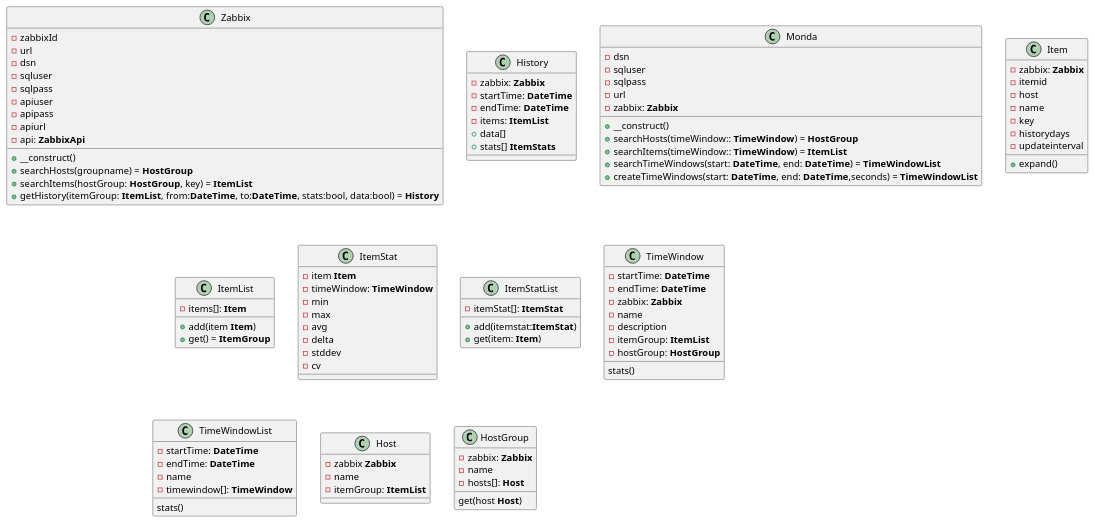
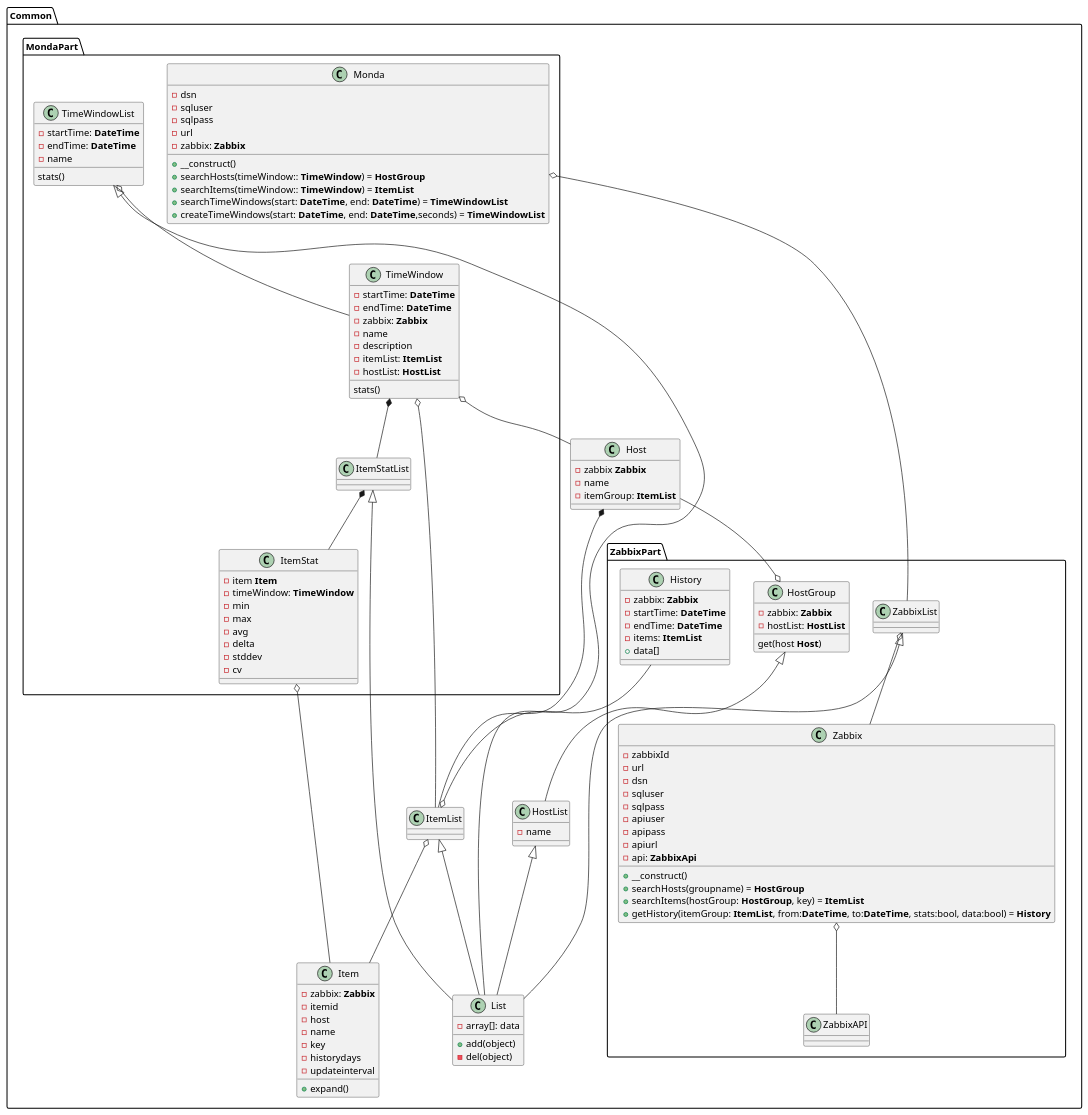
One commit to limosek/monda changed the diagram in doc/objects.plantuml. Above: the diagram before and after it, drawn with PlantUML. The commit also changed 29 other files, not shown here.

```diff
--- a/doc/objects.plantuml
+++ b/doc/objects.plantuml
@@ -1,116 +1,157 @@
 @startuml
 
-class Zabbix {
-    -zabbixId
-    -url
-    -dsn
-    -sqluser
-    -sqlpass
-    -apiuser
-    -apipass
-    -apiurl
-    -api: **ZabbixApi**
+Package Common {
 
-    +__construct()
-    +searchHosts(groupname) = **HostGroup**
-    +searchItems(hostGroup: **HostGroup**, key) = **ItemList**
-    +getHistory(itemGroup: **ItemList**, from:**DateTime**, to:**DateTime**, stats:bool, data:bool) = **History**
+    Package MondaPart {
+
+        class Monda {
+            -dsn
+            -sqluser
+            -sqlpass
+            -url
+            -zabbix: **Zabbix**
+
+            +__construct()
+            +searchHosts(timeWindow:: **TimeWindow**) = **HostGroup**
+            +searchItems(timeWindow:: **TimeWindow**) = **ItemList**
+            +searchTimeWindows(start: **DateTime**, end: **DateTime**) = **TimeWindowList**
+            +createTimeWindows(start: **DateTime**, end: **DateTime**,seconds) = **TimeWindowList**
+        }
+
+        class ItemStat {
+            -item **Item**
+            -timeWindow: **TimeWindow**
+            -min
+            -max
+            -avg
+            -delta
+            -stddev
+            -cv
+        }
+
+        class ItemStatList {
+                  
+        }
+
+        class TimeWindow {
+            -startTime: **DateTime**
+            -endTime: **DateTime**
+            -zabbix: **Zabbix**
+            -name
+            -description
+            -itemList: **ItemList**
+            -hostList: **HostList**
+
+            stats()
+        }
+
+        class TimeWindowList {
+            -startTime: **DateTime**
+            -endTime: **DateTime**
+            -name
+            
+            stats()
+        }
+    }
+
+    package ZabbixPart {
+        class Zabbix {
+            -zabbixId
+            -url
+            -dsn
+            -sqluser
+            -sqlpass
+            -apiuser
+            -apipass
+            -apiurl
+            -api: **ZabbixApi**
+
+            +__construct()
+            +searchHosts(groupname) = **HostGroup**
+            +searchItems(hostGroup: **HostGroup**, key) = **ItemList**
+            +getHistory(itemGroup: **ItemList**, from:**DateTime**, to:**DateTime**, stats:bool, data:bool) = **History**
+        }
+
+        class ZabbixList {
+        }
+
+        class ZabbixAPI {
+        }
+
+        class HostGroup {
+            -zabbix: **Zabbix**
+            -hostList: **HostList**
+
+            get(host **Host**)
+        }
+
+        class History {
+            -zabbix: **Zabbix**
+            -startTime: **DateTime**
+            -endTime: **DateTime**
+            -items: **ItemList**
+            +data[]
+        }
+
+    }
+
+    class HostList {
+        -name
+        
+    }
+
+    class Host {
+        -zabbix **Zabbix**
+        -name
+        -itemGroup: **ItemList**
+    }
+
+    class Item {
+        -zabbix: **Zabbix**
+        -itemid
+        -host
+        -name
+        -key
+        -historydays
+        -updateinterval
+
+        +expand()
+    }
+
+    class ItemList {
+        
+    }
+
+    class List {
+        -array[]: data
+        +add(object)
+        -del(object)
+    }
 }
 
-class History {
-    -zabbix: **Zabbix**
-    -startTime: **DateTime**
-    -endTime: **DateTime**
-    -items: **ItemList**
-    +data[]
-    +stats[] **ItemStats**
-}
+Host *--- ItemList
+ItemList o-- Item
+ItemList o-- History
+HostGroup o-- Host
+HostGroup <|-- HostList
 
-class Monda {
-    -dsn
-    -sqluser
-    -sqlpass
-    -url
-    -zabbix: **Zabbix**
+ZabbixList <|-- List
+HostList <|-- List
+ItemList <|-- List
+ItemStatList <|-- List
+TimeWindowList <|-- List
 
-    +__construct()
-    +searchHosts(timeWindow:: **TimeWindow**) = **HostGroup**
-    +searchItems(timeWindow:: **TimeWindow**) = **ItemList**
-    +searchTimeWindows(start: **DateTime**, end: **DateTime**) = **TimeWindowList**
-    +createTimeWindows(start: **DateTime**, end: **DateTime**,seconds) = **TimeWindowList**
-}
+ZabbixList o-- Zabbix
+Monda o-- ZabbixList
 
-class Item {
-    -zabbix: **Zabbix**
-    -itemid
-    -host
-    -name
-    -key
-    -historydays
-    -updateinterval
+ItemStatList *-- ItemStat
+ItemStat o-- Item
 
-    +expand()
-}
+TimeWindowList o-- TimeWindow
+TimeWindow *-- ItemStatList
+TimeWindow o-- Host
+TimeWindow o-- ItemList
 
-class ItemList {
-    -items[]: **Item**
-
-    +add(item **Item**)
-    +get() = **ItemGroup**
-}
-
-class ItemStat {
-    -item **Item**
-    -timeWindow: **TimeWindow**
-    -min
-    -max
-    -avg
-    -delta
-    -stddev
-    -cv
-}
-
-class ItemStatList {
-    -itemStat[]: **ItemStat**
-
-    +add(itemstat:**ItemStat**)
-    +get(item: **Item**)
-}
-
-class TimeWindow {
-    -startTime: **DateTime**
-    -endTime: **DateTime**
-    -zabbix: **Zabbix**
-    -name
-    -description
-    -itemGroup: **ItemList**
-    -hostGroup: **HostGroup**
-
-    stats()
-}
-
-class TimeWindowList {
-    -startTime: **DateTime**
-    -endTime: **DateTime**
-    -name
-    -timewindow[]: **TimeWindow**
-
-    stats()
-}
-
-class Host {
-    -zabbix **Zabbix**
-    -name
-    -itemGroup: **ItemList**
-}
-
-class HostGroup {
-    -zabbix: **Zabbix**
-    -name
-    -hosts[]: **Host**
-
-    get(host **Host**)
-}
-
+Zabbix o-- ZabbixAPI
 
 @enduml
```
